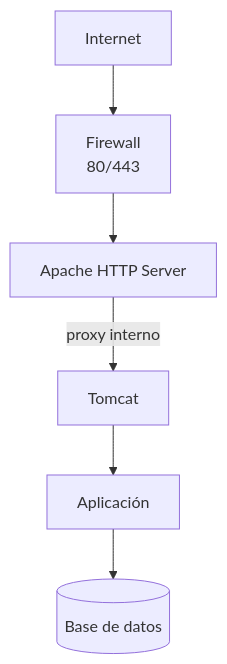
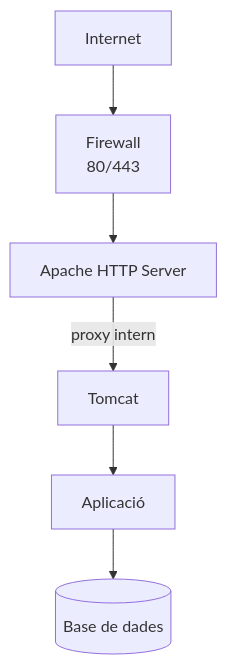
The sixth of 6 diagrams in docs/daw-daw/up3/04-seguridad-servidor-aplicaciones.md (jordicido/jordicina), drawn with Mermaid before and after one commit. The commit also changed other lines of this file and 10 other files, not shown here.

````diff
--- a/docs/daw-daw/up3/04-seguridad-servidor-aplicaciones.md
+++ b/docs/daw-daw/up3/04-seguridad-servidor-aplicaciones.md
@@ -462,8 +462,8 @@
 ```mermaid
 flowchart TD
     I["Internet"] --> F["Firewall<br/>80/443"]
     F --> A["Apache HTTP Server"]
-    A -->|"proxy interno"| T["Tomcat"]
-    T --> APP["Aplicación"]
-    APP --> DB[("Base de datos")]
+    A -->|"proxy intern"| T["Tomcat"]
+    T --> APP["Aplicació"]
+    APP --> DB[("Base de dades")]
 ```
````
